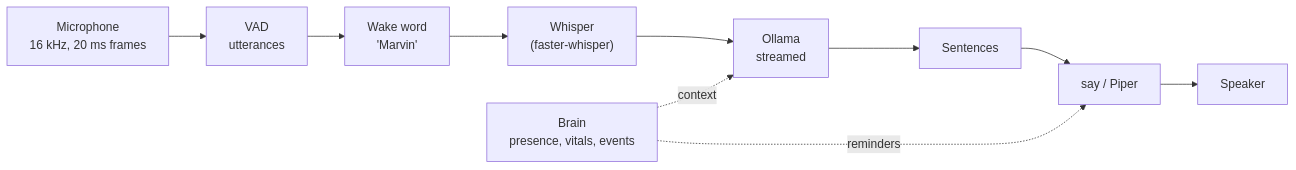
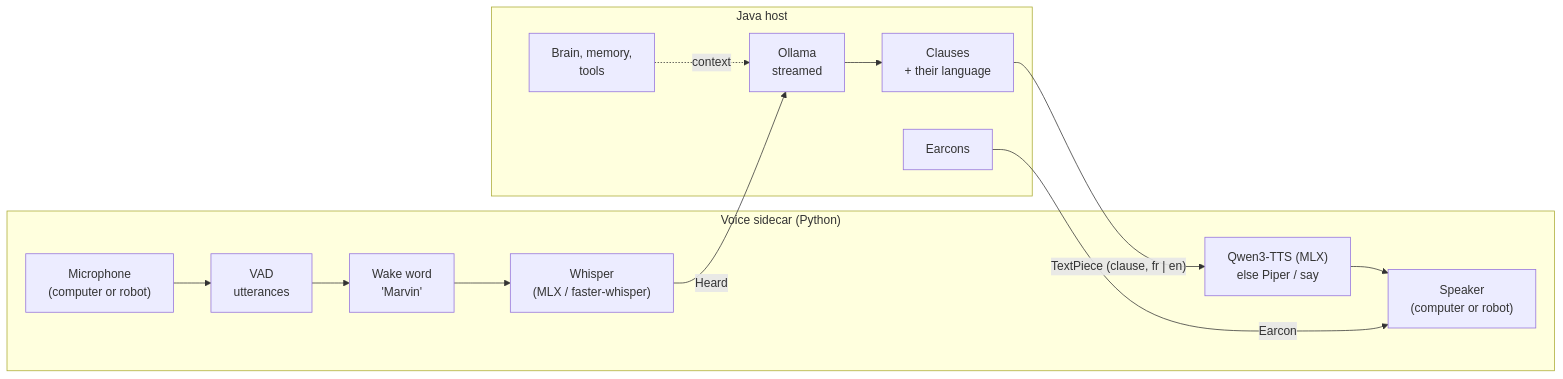
Before and after one commit to SebastienTr/Marvin: the first of 2 diagrams in docs/voice.md, drawn with Mermaid. The commit also changed other lines of this file and 8 other files, not shown here.

Commit message:
Docs: Marvin's voice, audio devices, Talk now and barge-in, earcons, two languages in one sentence, the latency to the speaker, the retired Python conversation (voice, audio, architecture, app, READMEs, changelog)

````diff
--- a/docs/voice.md
+++ b/docs/voice.md
@@ -10,7 +10,15 @@
 ```mermaid
 flowchart LR
-  MIC["Microphone<br/>16 kHz, 20 ms frames"] --> VAD["VAD<br/>utterances"] --> WAKE["Wake word<br/>'Marvin'"] --> STT["Whisper<br/>(faster-whisper)"]
-  STT --> LLM["Ollama<br/>streamed"] --> SPLIT["Sentences"] --> TTS["say / Piper"] --> SPK["Speaker"]
-  BRAIN["Brain<br/>presence, vitals, events"] -. context .-> LLM
-  BRAIN -. reminders .-> TTS
+  subgraph Sidecar["Voice sidecar (Python)"]
+    MIC["Microphone<br/>(computer or robot)"] --> VAD["VAD<br/>utterances"] --> WAKE["Wake word<br/>'Marvin'"] --> STT["Whisper<br/>(MLX / faster-whisper)"]
+    TTS["Qwen3-TTS (MLX)<br/>else Piper / say"] --> SPK["Speaker<br/>(computer or robot)"]
+  end
+  subgraph Core["Java host"]
+    LLM["Ollama<br/>streamed"] --> SPLIT["Clauses<br/>+ their language"]
+    BRAIN["Brain, memory,<br/>tools"] -. context .-> LLM
+    EAR["Earcons"]
+  end
+  STT -- "Heard" --> LLM
+  SPLIT -- "TextPiece (clause, fr | en)" --> TTS
+  EAR -- "Earcon" --> SPK
 ```
````
